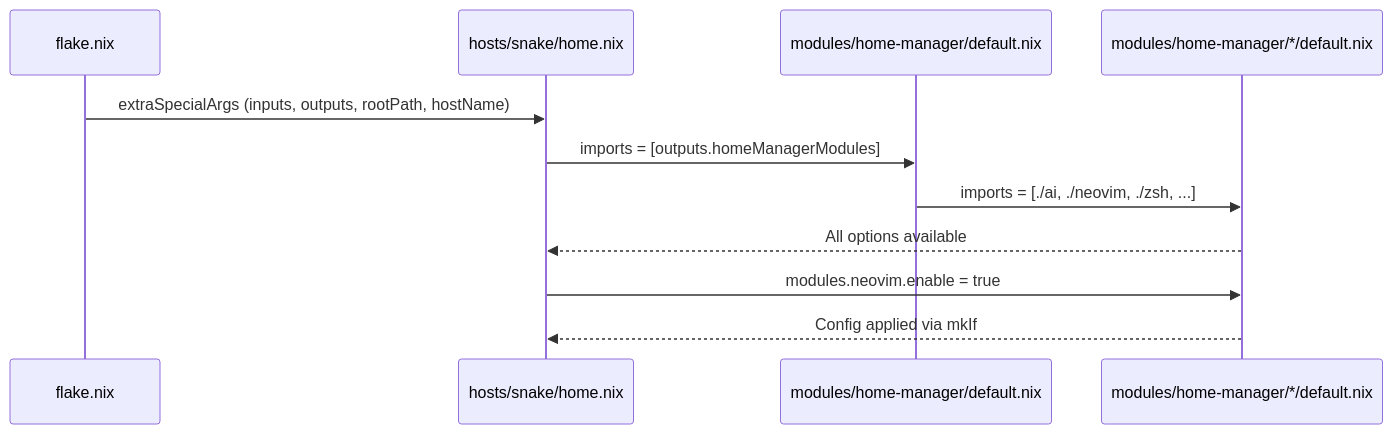
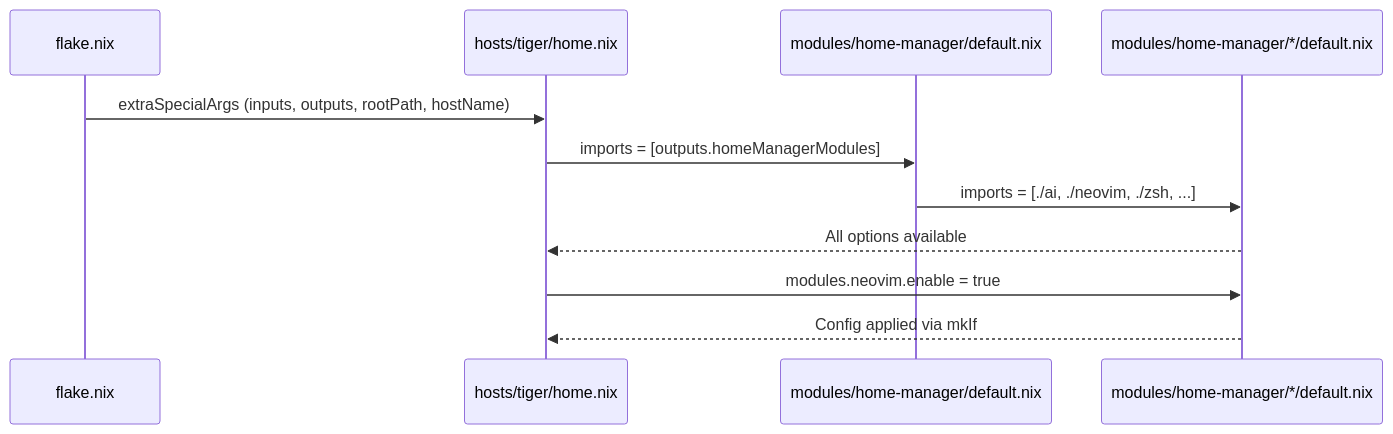
One commit to idjoo/dotfiles changed the sixth of 15 diagrams in docs/ARCHITECTURE.md. Above: the diagram before and after it, drawn with Mermaid. The commit also changed other lines of this file and 15 other files, not shown here.

First line of the commit message:
chore: 🔥 remove devoteam work identity and horse/snake hosts

````diff
--- a/docs/ARCHITECTURE.md
+++ b/docs/ARCHITECTURE.md
@@ -280,14 +269,14 @@
 ```mermaid
 sequenceDiagram
     participant F as flake.nix
-    participant H as hosts/snake/home.nix
+    participant H as hosts/tiger/home.nix
     participant M as modules/home-manager/default.nix
     participant S as modules/home-manager/*/default.nix
 
     F->>H: extraSpecialArgs (inputs, outputs, rootPath, hostName)
     H->>M: imports = [outputs.homeManagerModules]
     M->>S: imports = [./ai, ./neovim, ./zsh, ...]
     S-->>H: All options available
     H->>S: modules.neovim.enable = true
     S-->>H: Config applied via mkIf
 ```
````
